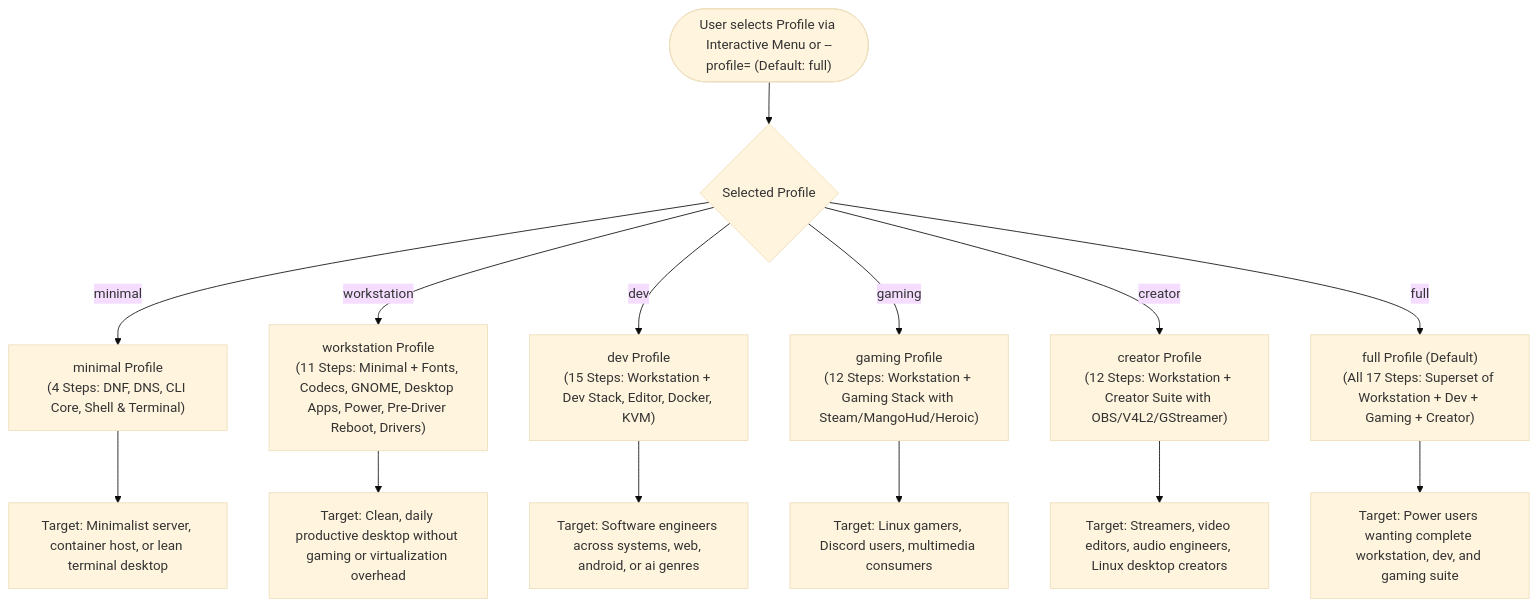
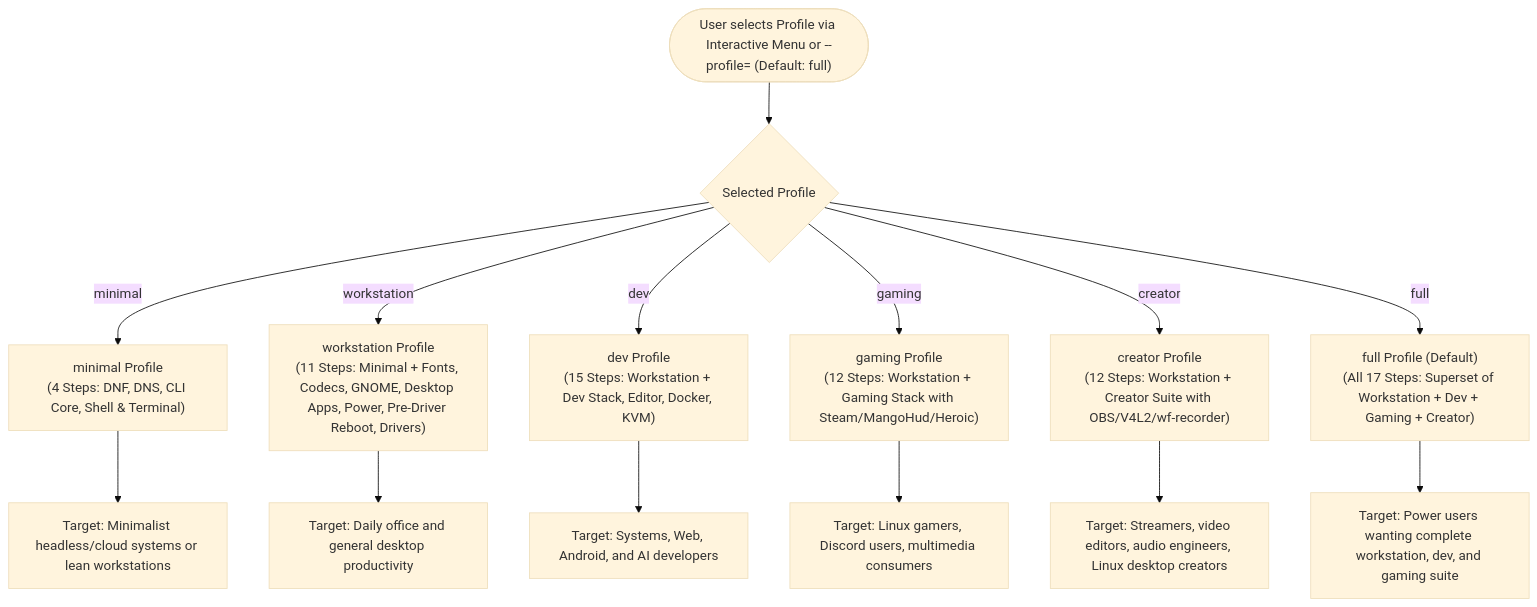
Before and after one commit to kk376/fedora-post-install: the second of 21 diagrams in PSEUDOCODE.md, drawn with Mermaid (base theme). The commit also changed other lines of this file and 3 other files, not shown here.

Commit message:
docs: synchronize HOW_IT_WORKS and PSEUDOCODE with v8.0.0 architecture

````diff
--- a/PSEUDOCODE.md
+++ b/PSEUDOCODE.md
@@ -106,18 +107,18 @@
 ```mermaid
 flowchart TD
     UserSelect(["User selects Profile via Interactive Menu or --profile=<name> (Default: full)"]) --> SwitchProfile{Selected Profile}
 
     SwitchProfile -- minimal --> P_Min["minimal Profile<br/>(4 Steps: DNF, DNS, CLI Core, Shell & Terminal)"]
     SwitchProfile -- workstation --> P_Work["workstation Profile<br/>(11 Steps: Minimal + Fonts, Codecs, GNOME, Desktop Apps, Power, Pre-Driver Reboot, Drivers)"]
     SwitchProfile -- dev --> P_Dev["dev Profile<br/>(15 Steps: Workstation + Dev Stack, Editor, Docker, KVM)"]
     SwitchProfile -- gaming --> P_Gaming["gaming Profile<br/>(12 Steps: Workstation + Gaming Stack with Steam/MangoHud/Heroic)"]
-    SwitchProfile -- creator --> P_Creator["creator Profile<br/>(12 Steps: Workstation + Creator Suite with OBS/V4L2/GStreamer)"]
+    SwitchProfile -- creator --> P_Creator["creator Profile<br/>(12 Steps: Workstation + Creator Suite with OBS/V4L2/wf-recorder)"]
     SwitchProfile -- full --> P_Full["full Profile (Default)<br/>(All 17 Steps: Superset of Workstation + Dev + Gaming + Creator)"]
 
-    P_Min --> CoreOnly["Target: Minimalist server, container host, or lean terminal desktop"]
-    P_Work --> WorkOnly["Target: Clean, daily productive desktop without gaming or virtualization overhead"]
-    P_Dev --> DevOnly["Target: Software engineers across systems, web, android, or ai genres"]
+    P_Min --> MinOnly["Target: Minimalist headless/cloud systems or lean workstations"]
+    P_Work --> WorkOnly["Target: Daily office and general desktop productivity"]
+    P_Dev --> DevOnly["Target: Systems, Web, Android, and AI developers"]
     P_Gaming --> GameOnly["Target: Linux gamers, Discord users, multimedia consumers"]
     P_Creator --> CreatorOnly["Target: Streamers, video editors, audio engineers, Linux desktop creators"]
     P_Full --> FullOnly["Target: Power users wanting complete workstation, dev, and gaming suite"]
 ```
````
